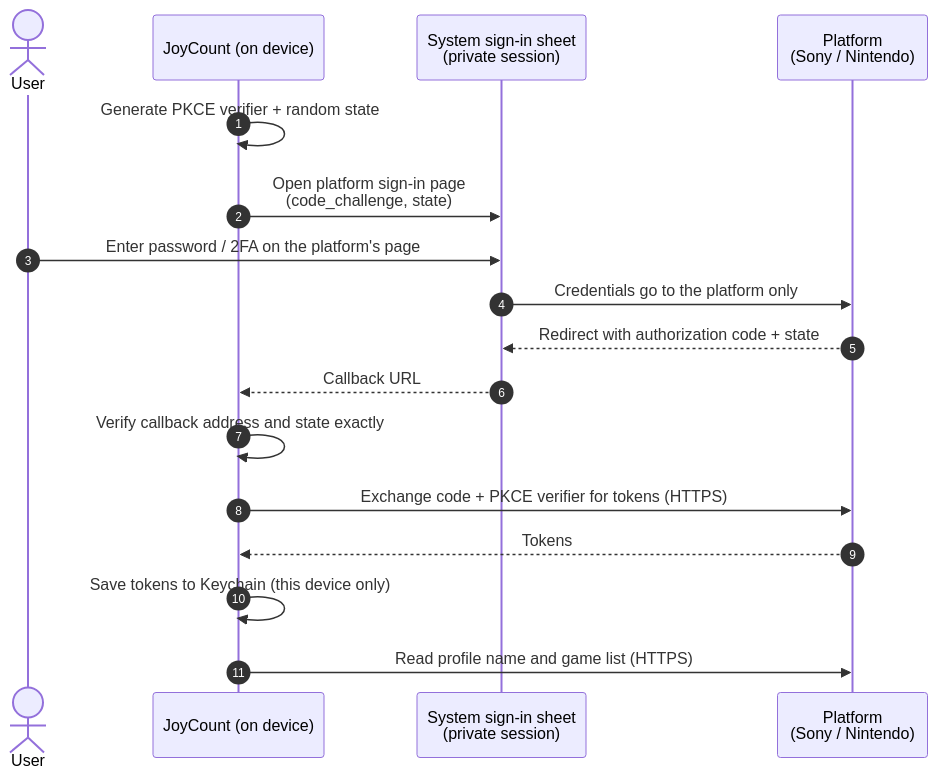
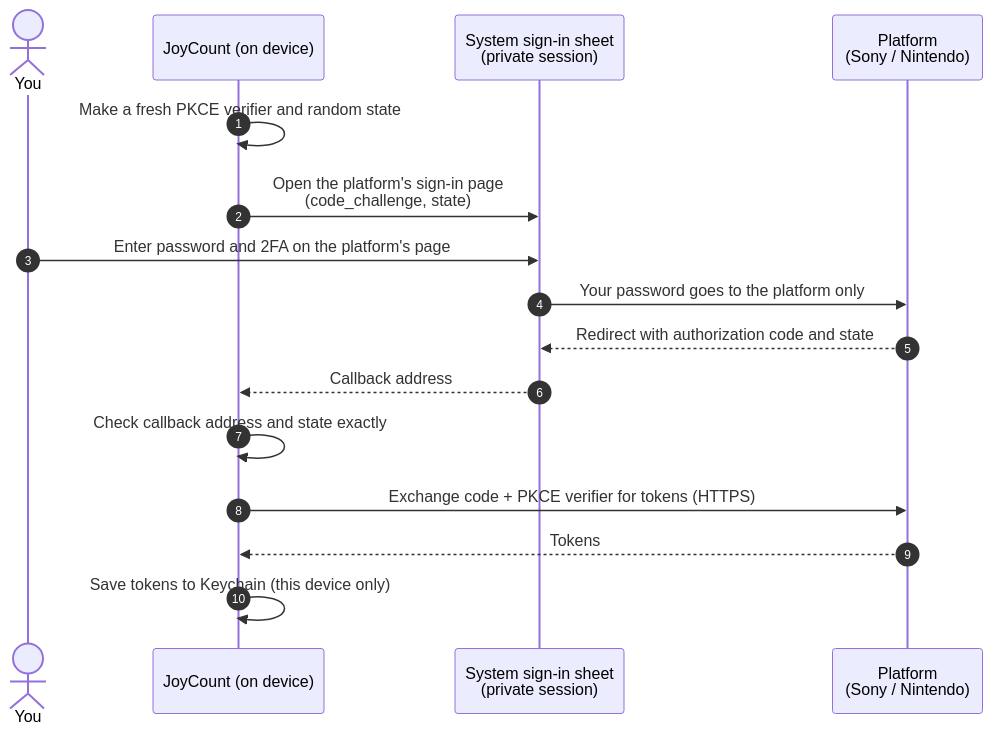
One commit to henryverse/joycount-security changed the first of 3 diagrams in README.md. Above: the diagram before and after it, drawn with Mermaid. The commit also changed other lines of this file and 1 other file, not shown here.

````diff
--- a/README.md
+++ b/README.md
@@ -77,20 +109,19 @@
 ```mermaid
 sequenceDiagram
     autonumber
-    actor U as User
+    actor U as You
     participant A as JoyCount (on device)
     participant S as System sign-in sheet<br/>(private session)
     participant P as Platform<br/>(Sony / Nintendo)
 
-    A->>A: Generate PKCE verifier + random state
-    A->>S: Open platform sign-in page<br/>(code_challenge, state)
-    U->>S: Enter password / 2FA on the platform's page
-    S->>P: Credentials go to the platform only
-    P-->>S: Redirect with authorization code + state
-    S-->>A: Callback URL
-    A->>A: Verify callback address and state exactly
+    A->>A: Make a fresh PKCE verifier and random state
+    A->>S: Open the platform's sign-in page<br/>(code_challenge, state)
+    U->>S: Enter password and 2FA on the platform's page
+    S->>P: Your password goes to the platform only
+    P-->>S: Redirect with authorization code and state
+    S-->>A: Callback address
+    A->>A: Check callback address and state exactly
     A->>P: Exchange code + PKCE verifier for tokens (HTTPS)
     P-->>A: Tokens
     A->>A: Save tokens to Keychain (this device only)
-    A->>P: Read profile name and game list (HTTPS)
 ```
````
